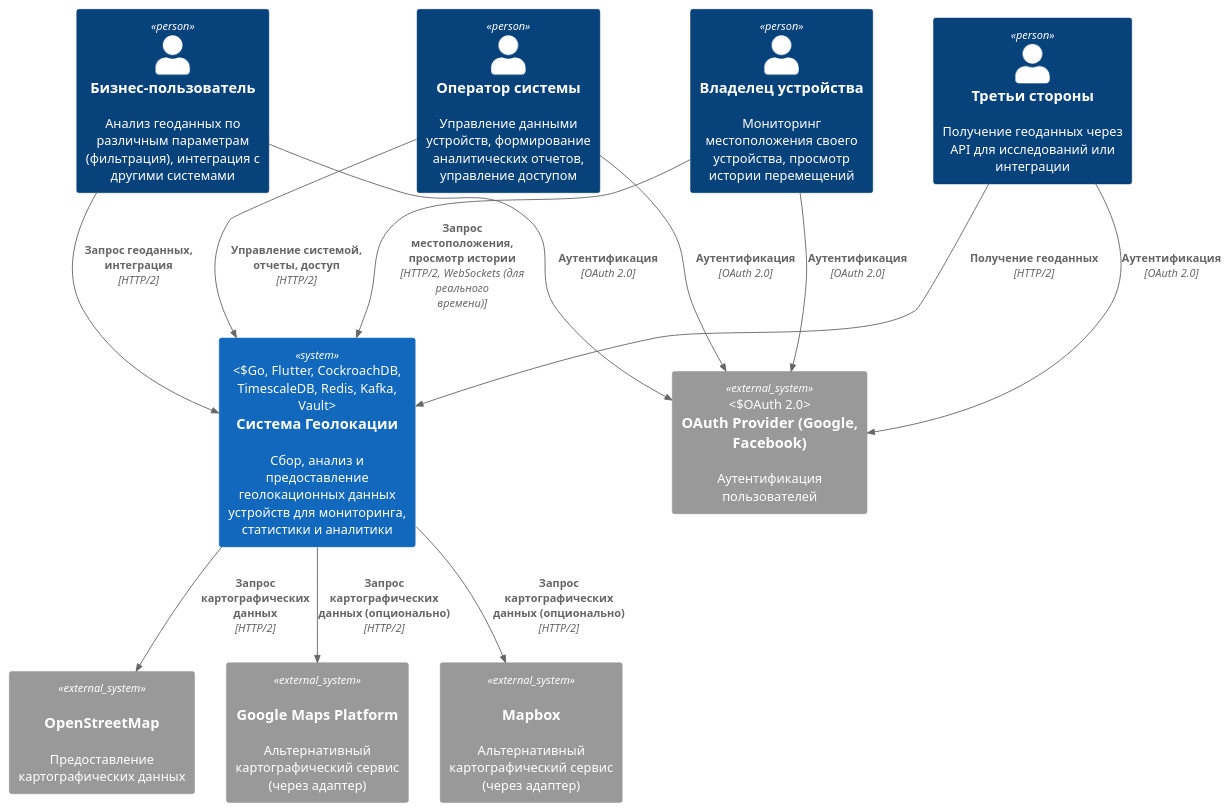
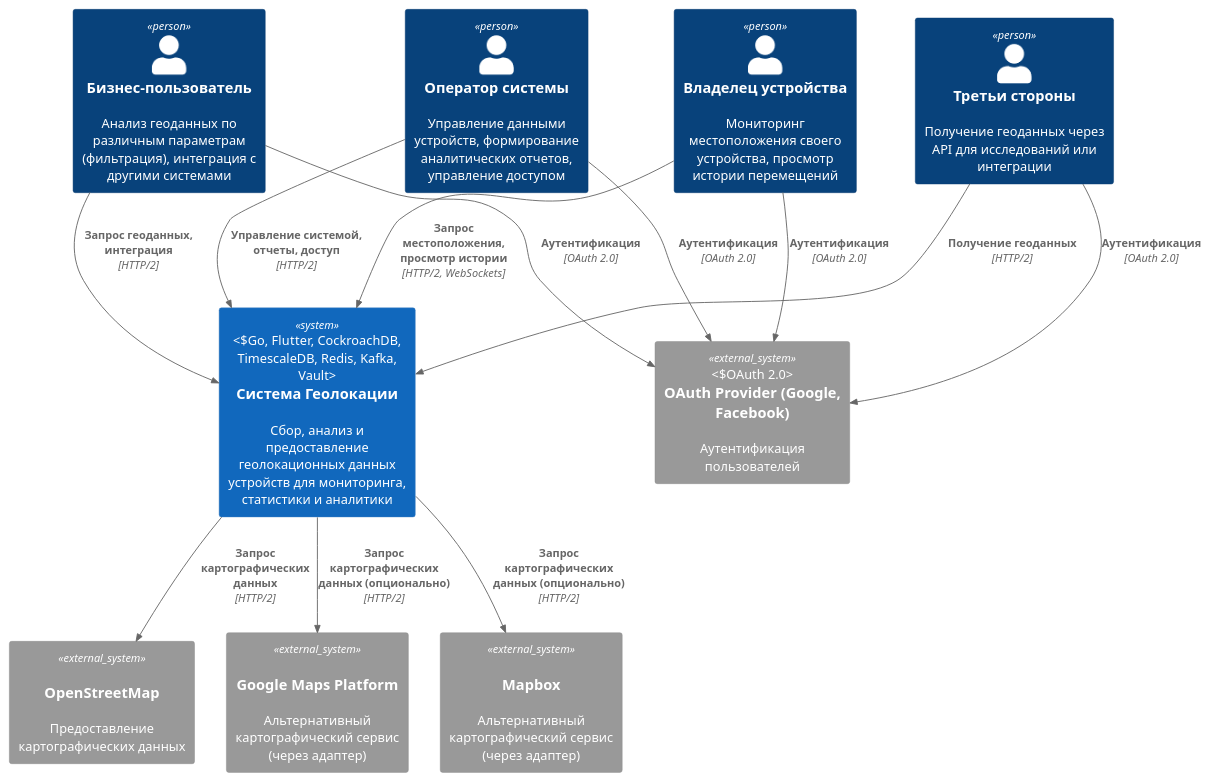
The diagram in 2. Технический проект/1_context.puml (qasmark/SoftwareDevelopmentTechnology), drawn with PlantUML before and after one commit. The commit also changed 7 other files, not shown here.

Commit message:
🖊️ Refactor C4 Diagrams: Add Roles, Layers

```diff
--- a/2. Технический проект/1_context.puml
+++ b/2. Технический проект/1_context.puml
@@ -1,31 +1,30 @@
 @startuml
 !include <c4/C4_Context>
 
 System(geo_system, "Система Геолокации", "Сбор, анализ и предоставление геолокационных данных устройств для мониторинга, статистики и аналитики", "Go, Flutter, CockroachDB, TimescaleDB, Redis, Kafka, Vault")
 
 Person(device_owner, "Владелец устройства", "Мониторинг местоположения своего устройства, просмотр истории перемещений")
 Person(operator, "Оператор системы", "Управление данными устройств, формирование аналитических отчетов, управление доступом")
 Person(business_user, "Бизнес-пользователь", "Анализ геоданных по различным параметрам (фильтрация), интеграция с другими системами")
 Person(third_party, "Третьи стороны", "Получение геоданных через API для исследований или интеграции")
 
-Rel(device_owner, geo_system, "Запрос местоположения, просмотр истории", "HTTP/2, WebSockets (для реального времени)")
+Rel(device_owner, geo_system, "Запрос местоположения, просмотр истории", "HTTP/2, WebSockets")
 Rel(operator, geo_system, "Управление системой, отчеты, доступ", "HTTP/2")
 Rel(business_user, geo_system, "Запрос геоданных, интеграция", "HTTP/2")
 Rel(third_party, geo_system, "Получение геоданных", "HTTP/2")
 
 System_Ext(osm, "OpenStreetMap", "Предоставление картографических данных", "HTTP/2")
+System_Ext(google_maps, "Google Maps Platform", "Альтернативный картографический сервис (через адаптер)", "HTTP/2")
+System_Ext(mapbox, "Mapbox", "Альтернативный картографический сервис (через адаптер)", "HTTP/2")
+System_Ext(auth_provider, "OAuth Provider (Google, Facebook)", "Аутентификация пользователей", "OAuth 2.0")
+
 Rel(geo_system, osm, "Запрос картографических данных", "HTTP/2")
-
-System_Ext(google_maps, "Google Maps Platform", "Альтернативный картографический сервис (через адаптер)", "HTTP/2")
 Rel(geo_system, google_maps, "Запрос картографических данных (опционально)", "HTTP/2")
-
-System_Ext(mapbox, "Mapbox", "Альтернативный картографический сервис (через адаптер)", "HTTP/2")
 Rel(geo_system, mapbox, "Запрос картографических данных (опционально)", "HTTP/2")
 
-System_Ext(auth_provider, "OAuth Provider (Google, Facebook)", "Аутентификация пользователей", "OAuth 2.0")
 Rel(device_owner, auth_provider, "Аутентификация", "OAuth 2.0")
 Rel(operator, auth_provider, "Аутентификация", "OAuth 2.0")
 Rel(business_user, auth_provider, "Аутентификация", "OAuth 2.0")
 Rel(third_party, auth_provider, "Аутентификация", "OAuth 2.0")
 
 @enduml
```
